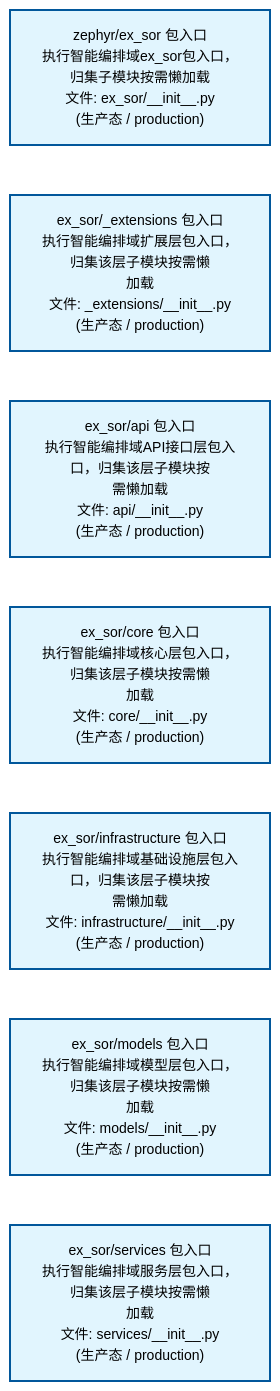
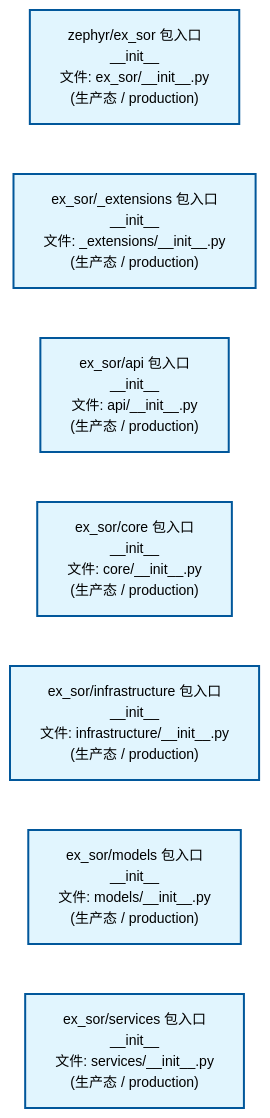
The second of 4 diagrams in docs/02_enterprise_architecture/02_domain_architecture_docs/45_d_ex_sor.md (xuanFelixVan/ZephyrAlpha), drawn with Mermaid before and after one commit. The commit also changed other lines of this file and 61 other files, not shown here.

````diff
--- a/docs/02_enterprise_architecture/02_domain_architecture_docs/45_d_ex_sor.md
+++ b/docs/02_enterprise_architecture/02_domain_architecture_docs/45_d_ex_sor.md
@@ -111,22 +111,22 @@
 ```mermaid
 %%{init: {'theme': 'base', 'themeVariables': {'primaryColor': '#eaeaea', 'primaryTextColor': '#333333', 'primaryBorderColor': '#666666', 'lineColor': '#666666', 'secondaryColor': '#eaeaea', 'tertiaryColor': '#eaeaea', 'fontSize': '14px'}}}%%
 flowchart TD
-    src_zephyr_ex_sor_init_py["zephyr/ex_sor 包入口<br/>执行智能编排域ex_sor包入口，归集子模块按需懒加载<br/>文件: ex_sor/__init__.py<br/>(生产态 / production)"]
-    src_zephyr_ex_sor_extensions_init_py["ex_sor/_extensions 包入口<br/>执行智能编排域扩展层包入口，归集该层子模块按需懒<br/>加载<br/>文件: _extensions/__init__.py<br/>(生产态 / production)"]
-    src_zephyr_ex_sor_api_init_py["ex_sor/api 包入口<br/>执行智能编排域API接口层包入口，归集该层子模块按<br/>需懒加载<br/>文件: api/__init__.py<br/>(生产态 / production)"]
-    src_zephyr_ex_sor_core_init_py["ex_sor/core 包入口<br/>执行智能编排域核心层包入口，归集该层子模块按需懒<br/>加载<br/>文件: core/__init__.py<br/>(生产态 / production)"]
-    src_zephyr_ex_sor_infrastructure_init_py["ex_sor/infrastructure 包入口<br/>执行智能编排域基础设施层包入口，归集该层子模块按<br/>需懒加载<br/>文件: infrastructure/__init__.py<br/>(生产态 / production)"]
-    src_zephyr_ex_sor_models_init_py["ex_sor/models 包入口<br/>执行智能编排域模型层包入口，归集该层子模块按需懒<br/>加载<br/>文件: models/__init__.py<br/>(生产态 / production)"]
-    src_zephyr_ex_sor_services_init_py["ex_sor/services 包入口<br/>执行智能编排域服务层包入口，归集该层子模块按需懒<br/>加载<br/>文件: services/__init__.py<br/>(生产态 / production)"]
+    src_zephyr_ex_sor_init_py["zephyr/ex_sor 包入口<br/>__init__<br/>文件: ex_sor/__init__.py<br/>(生产态 / production)"]
+    src_zephyr_ex_sor_extensions_init_py["ex_sor/_extensions 包入口<br/>__init__<br/>文件: _extensions/__init__.py<br/>(生产态 / production)"]
+    src_zephyr_ex_sor_api_init_py["ex_sor/api 包入口<br/>__init__<br/>文件: api/__init__.py<br/>(生产态 / production)"]
+    src_zephyr_ex_sor_core_init_py["ex_sor/core 包入口<br/>__init__<br/>文件: core/__init__.py<br/>(生产态 / production)"]
+    src_zephyr_ex_sor_infrastructure_init_py["ex_sor/infrastructure 包入口<br/>__init__<br/>文件: infrastructure/__init__.py<br/>(生产态 / production)"]
+    src_zephyr_ex_sor_models_init_py["ex_sor/models 包入口<br/>__init__<br/>文件: models/__init__.py<br/>(生产态 / production)"]
+    src_zephyr_ex_sor_services_init_py["ex_sor/services 包入口<br/>__init__<br/>文件: services/__init__.py<br/>(生产态 / production)"]
     src_zephyr_ex_sor_init_py ~~~ src_zephyr_ex_sor_extensions_init_py
     src_zephyr_ex_sor_extensions_init_py ~~~ src_zephyr_ex_sor_api_init_py
     src_zephyr_ex_sor_api_init_py ~~~ src_zephyr_ex_sor_core_init_py
     src_zephyr_ex_sor_core_init_py ~~~ src_zephyr_ex_sor_infrastructure_init_py
     src_zephyr_ex_sor_infrastructure_init_py ~~~ src_zephyr_ex_sor_models_init_py
     src_zephyr_ex_sor_models_init_py ~~~ src_zephyr_ex_sor_services_init_py
     classDef production fill:#e1f5fe,stroke:#01579b,stroke-width:2px,color:#000
     classDef design fill:#fff3e0,stroke:#e65100,stroke-width:2px,color:#000,stroke-dasharray: 5 5
     classDef external_prod fill:#e8f4fd,stroke:#0277bd,stroke-width:1px,color:#000
     classDef external_design fill:#fff8e7,stroke:#ef6c00,stroke-width:1px,color:#000,stroke-dasharray: 5 5
     class src_zephyr_ex_sor_init_py,src_zephyr_ex_sor_extensions_init_py,src_zephyr_ex_sor_api_init_py,src_zephyr_ex_sor_core_init_py,src_zephyr_ex_sor_infrastructure_init_py,src_zephyr_ex_sor_models_init_py,src_zephyr_ex_sor_services_init_py production
 ```
````
